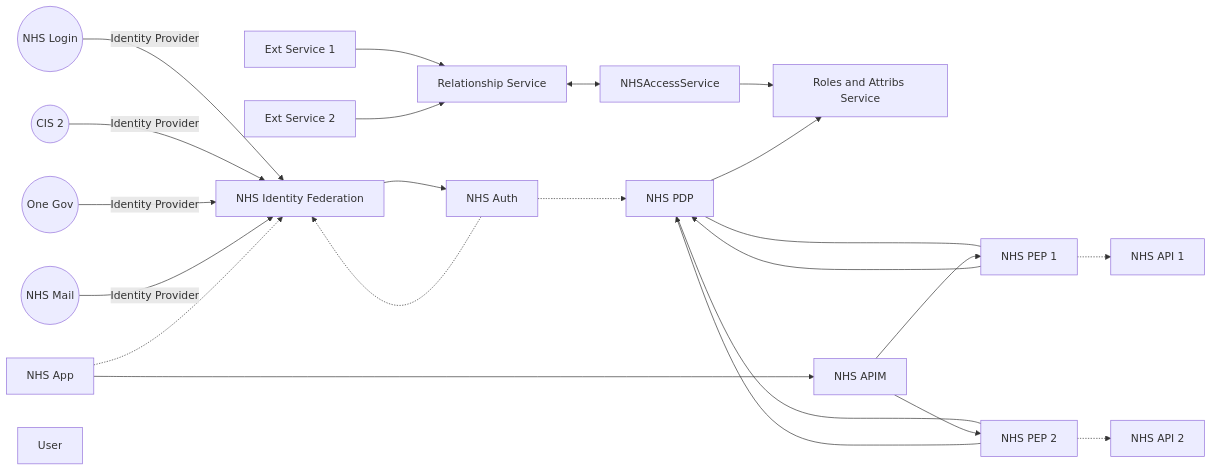
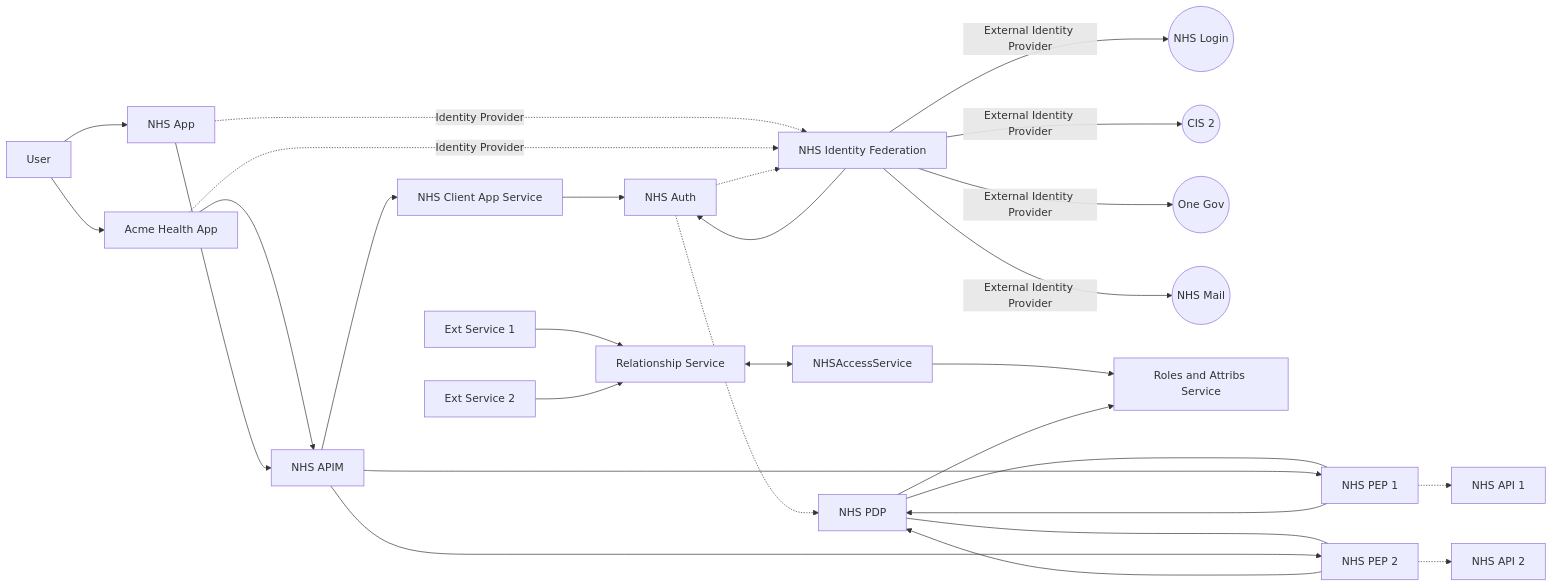
One commit to RossBugginsNHS/architecture-design-docs changed the third of 4 diagrams in docs/auth/auth.md. Above: the diagram before and after it, drawn with Mermaid. The commit also changed other lines of this file, not shown here.

Commit message:
Collating useful external info on concepts.

````diff
--- a/docs/auth/auth.md
+++ b/docs/auth/auth.md
@@ -136,52 +154,59 @@
 ```mermaid
 flowchart LR
 NHSLogin((NHS Login))
 CIS2((CIS 2))
 OneGov((One Gov))
 NHSMail((NHS Mail))
 NHSAuth[NHS Auth]
 NHSPDP[NHS PDP]
 NHSApp[NHS App]
 NHSPEP1[NHS PEP 1]
 NHSAPI1[NHS API 1]
 NHSPEP2[NHS PEP 2]
 NHSAPI2[NHS API 2]
 IdentityFederation[NHS Identity Federation]
 NHSRelationshipService[Relationship Service]
 NHSAccessService
 NHSRolesAttributes[Roles and Attribs Service]
 ExternalRelationship1[Ext Service 1]
 ExternalRelationship2[Ext Service 2]
 NHSAPIM[NHS APIM]
 User[User]
+AcmeHealthApp[Acme Health App]
+ClientAuth[NHS Client App Service]
 
-
-
-NHSLogin-->|Identity Provider|IdentityFederation
-CIS2-->|Identity Provider|IdentityFederation
-OneGov-->|Identity Provider|IdentityFederation
-NHSMail-->|Identity Provider|IdentityFederation
+IdentityFederation--> |External Identity Provider|NHSLogin
+IdentityFederation--> |External Identity Provider|CIS2
+IdentityFederation--> |External Identity Provider|OneGov
+IdentityFederation--> |External Identity Provider|NHSMail
 IdentityFederation --> NHSAuth
 NHSAuth-.->NHSPDP
-NHSApp-.->IdentityFederation
+NHSApp-.->|Identity Provider|IdentityFederation
+AcmeHealthApp-.->|Identity Provider|IdentityFederation
+AcmeHealthApp --> NHSAPIM
 
 NHSPDP---NHSPEP1--->NHSPDP
 NHSPEP1-.->NHSAPI1
 
 NHSPDP---NHSPEP2--->NHSPDP
 NHSPEP2-.->NHSAPI2
+
+User-->NHSApp
+User-->AcmeHealthApp
 
 ExternalRelationship1-->NHSRelationshipService
 ExternalRelationship2-->NHSRelationshipService
 NHSRelationshipService<-->NHSAccessService
 NHSAccessService-->NHSRolesAttributes
 NHSPDP-->NHSRolesAttributes
 
 NHSApp --> NHSAPIM
 NHSAPIM -->NHSPEP1
 NHSAPIM -->NHSPEP2
+NHSAPIM --> ClientAuth
+ClientAuth -->NHSAuth
 
 NHSAuth-.->IdentityFederation
 
 
 ```
````
